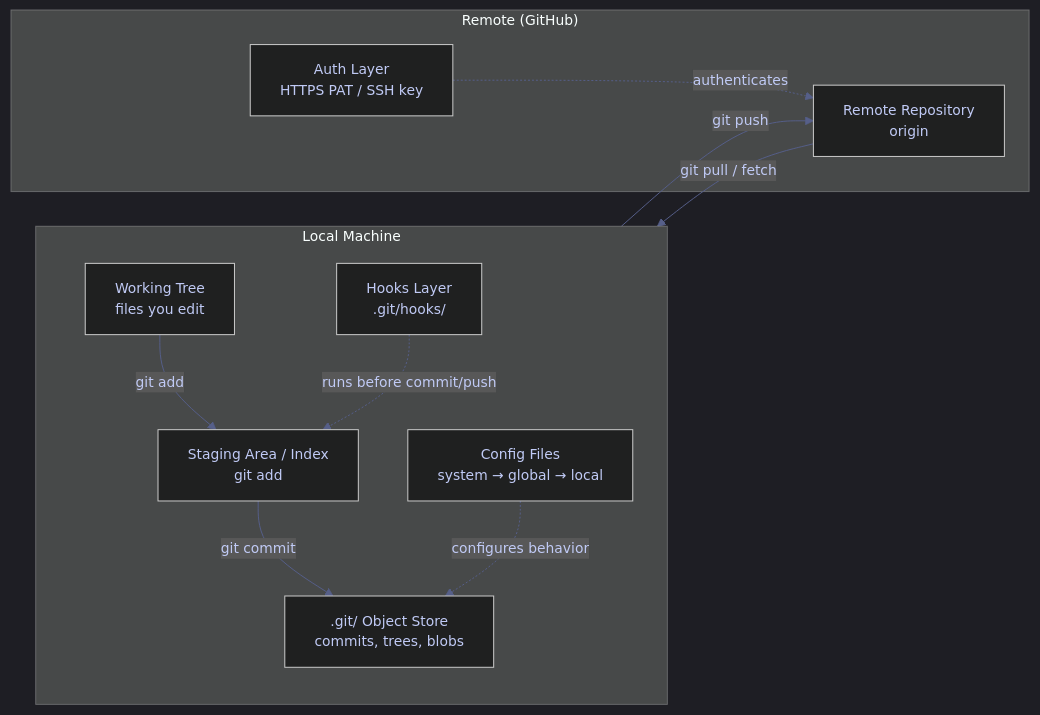
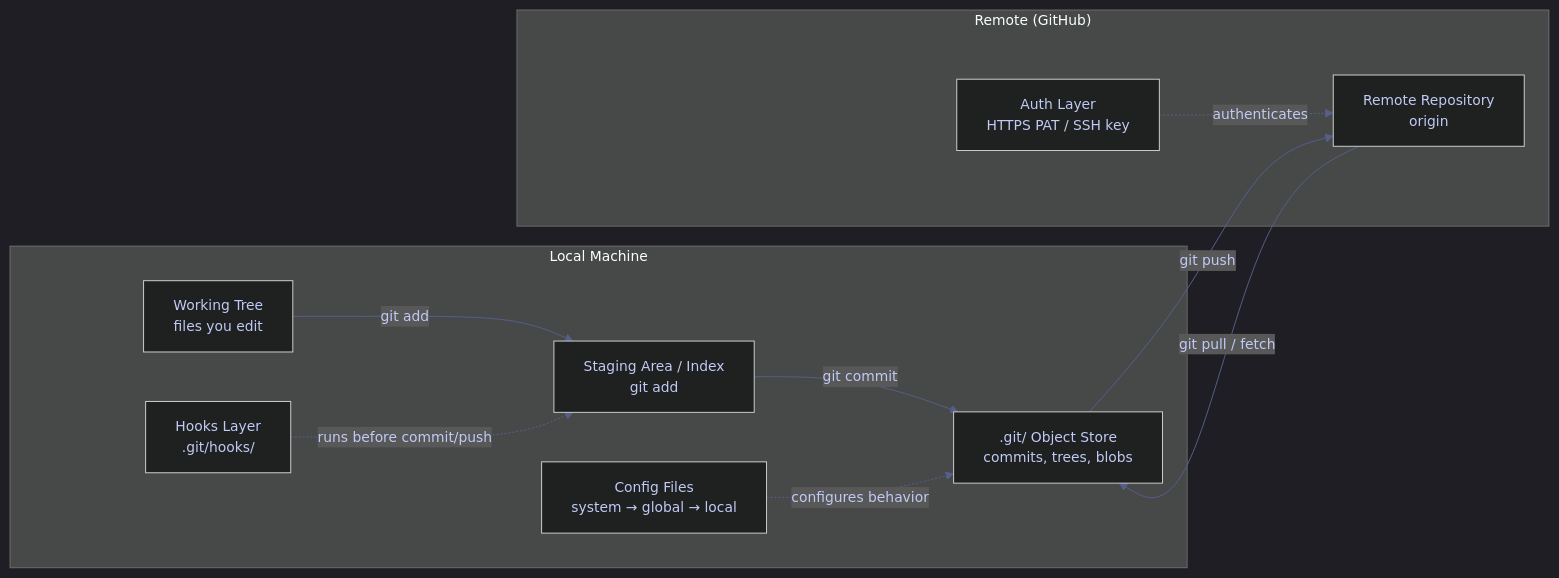
The first of 2 diagrams in content/08-Git/01-git-setup-and-config.md (alp78/elysium), drawn with Mermaid before and after one commit. The commit also changed 216 other files, not shown here.

````diff
--- a/content/08-Git/01-git-setup-and-config.md
+++ b/content/08-Git/01-git-setup-and-config.md
@@ -376,34 +376,40 @@
 ```mermaid
 %%{init: {'theme': 'dark', 'themeVariables': {
   'primaryColor': '#292e42',
   'primaryTextColor': '#c0caf5',
   'primaryBorderColor': '#565f89',
   'lineColor': '#565f89',
   'secondaryColor': '#1a1b26',
   'tertiaryColor': '#24283b',
   'noteTextColor': '#c0caf5',
   'noteBkgColor': '#292e42',
   'textColor': '#c0caf5',
   'fontSize': '14px'
 }}}%%
 flowchart LR
   subgraph LOCAL["Local Machine"]
-    direction TB
+    LPAD[" "]
     WT["Working Tree<br/>files you edit"]
     IDX["Staging Area / Index<br/>git add"]
     OBJ[".git/ Object Store<br/>commits, trees, blobs"]
     CFG["Config Files<br/>system → global → local"]
     HK["Hooks Layer<br/>.git/hooks/"]
+    LPAD ~~~ WT
   end
   subgraph REMOTE["Remote (GitHub)"]
+    RPAD[" "]
     RR["Remote Repository<br/>origin"]
     AUTH["Auth Layer<br/>HTTPS PAT / SSH key"]
+    RPAD ~~~ RR
+    RPAD ~~~ AUTH
   end
   WT -->|"git add"| IDX
   IDX -->|"git commit"| OBJ
   OBJ -->|"git push"| RR
   RR -->|"git pull / fetch"| OBJ
+  style LPAD fill:transparent,stroke:transparent,color:transparent
+  style RPAD fill:transparent,stroke:transparent,color:transparent
   AUTH -.->|"authenticates"| RR
   HK -.->|"runs before commit/push"| IDX
   CFG -.->|"configures behavior"| OBJ
 ```
````
